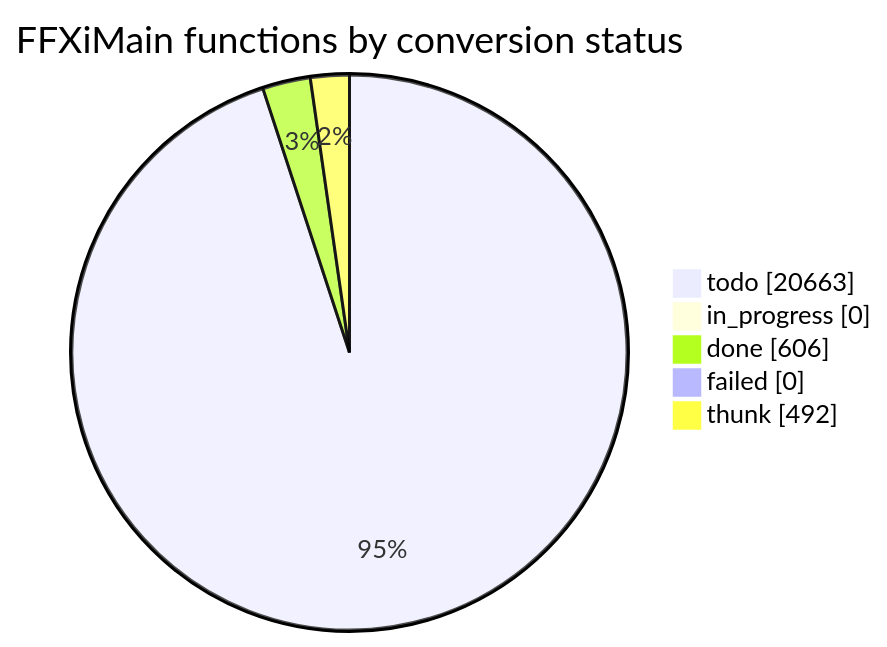
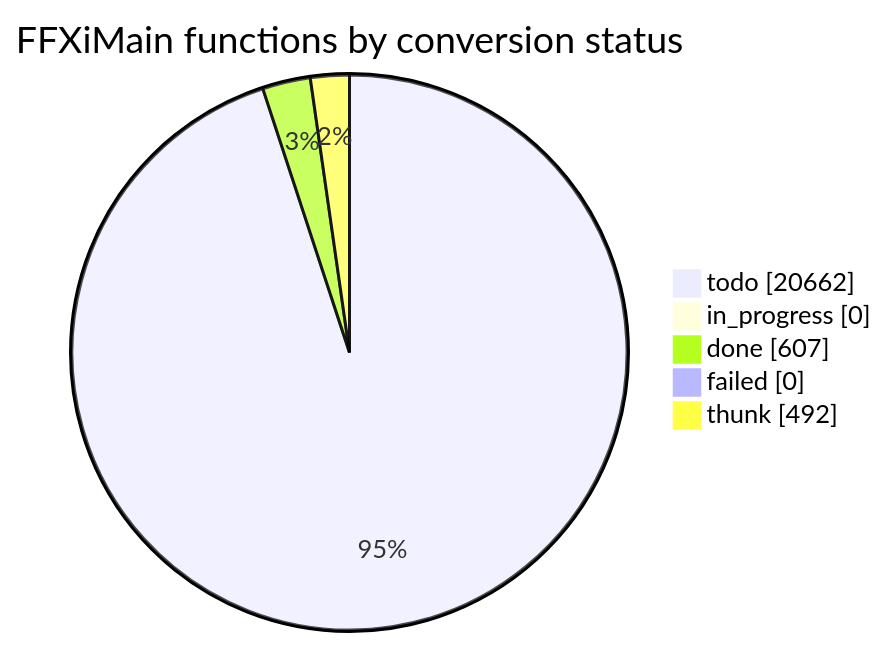
One commit to cowrevenge/cow_kuluu_xi_anything changed the diagram in docs/cow/STATUS.md. Above: the diagram before and after it, drawn with Mermaid. The commit also changed other lines of this file and 9 other files, not shown here.

````diff
--- a/docs/cow/STATUS.md
+++ b/docs/cow/STATUS.md
@@ -18,9 +18,9 @@
 ```mermaid
 pie showData
     title FFXiMain functions by conversion status
-    "todo" : 20663
+    "todo" : 20662
     "in_progress" : 0
-    "done" : 606
+    "done" : 607
     "failed" : 0
     "thunk" : 492
 ```
````
